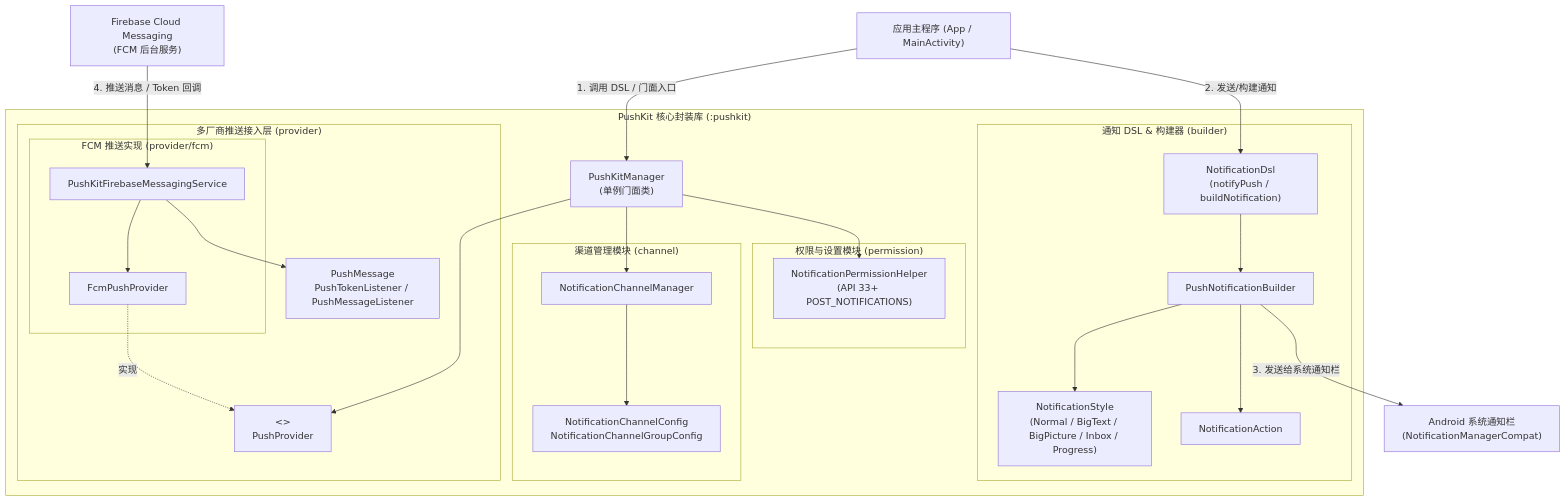
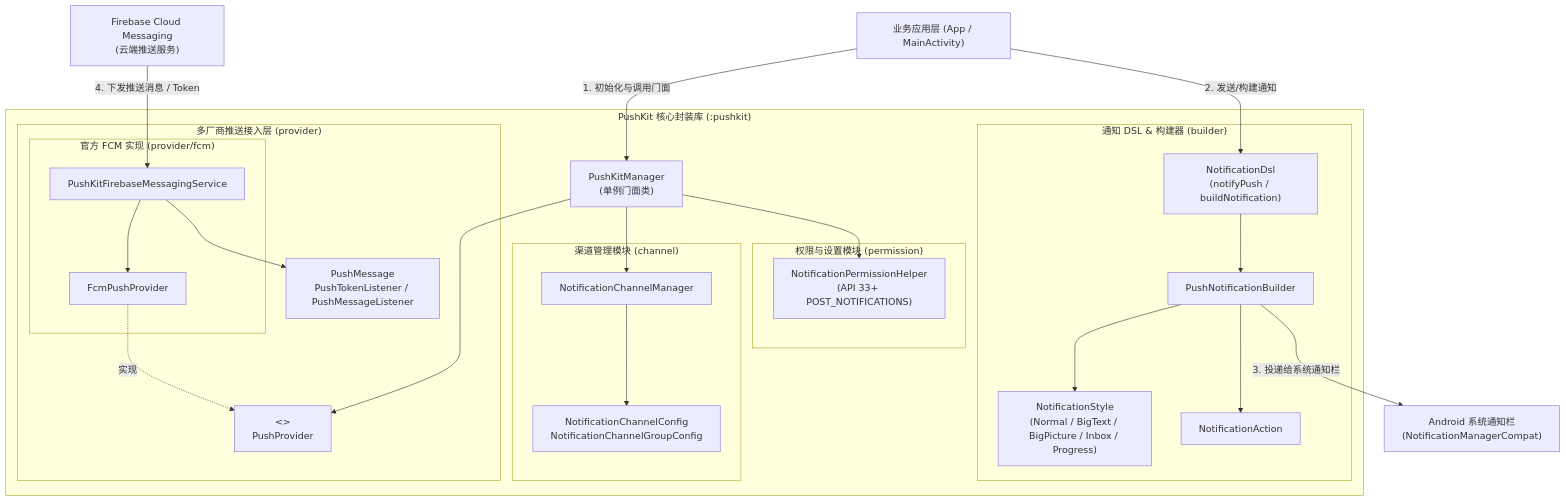
The diagram in README.md (e-hai/PushKit-Android), drawn with Mermaid before and after one commit. The commit also changed other lines of this file and 1 other file, not shown here.

````diff
--- a/README.md
+++ b/README.md
@@ -43,57 +45,57 @@
 ```mermaid
 flowchart TB
-    UserApp["应用主程序 (App / MainActivity)"]
+    UserApp["业务应用层 (App / MainActivity)"]
     
     subgraph PushKit ["PushKit 核心封装库 (:pushkit)"]
         Facade["PushKitManager<br/>(单例门面类)"]
         
         subgraph ChannelModule ["渠道管理模块 (channel)"]
             ChannelMgr["NotificationChannelManager"]
             ChannelConfig["NotificationChannelConfig<br/>NotificationChannelGroupConfig"]
         end
         
         subgraph PermissionModule ["权限与设置模块 (permission)"]
             PermHelper["NotificationPermissionHelper<br/>(API 33+ POST_NOTIFICATIONS)"]
         end
         
         subgraph BuilderModule ["通知 DSL & 构建器 (builder)"]
             DSL["NotificationDsl<br/>(notifyPush / buildNotification)"]
             Builder["PushNotificationBuilder"]
             Style["NotificationStyle<br/>(Normal / BigText / BigPicture / Inbox / Progress)"]
             Action["NotificationAction"]
         end
         
         subgraph ProviderModule ["多厂商推送接入层 (provider)"]
             PushProviderInterface["<<Interface>><br/>PushProvider"]
             PushMessage["PushMessage<br/>PushTokenListener / PushMessageListener"]
             
-            subgraph FCMImpl ["FCM 推送实现 (provider/fcm)"]
+            subgraph FCMImpl ["官方 FCM 实现 (provider/fcm)"]
                 FcmProvider["FcmPushProvider"]
                 FcmService["PushKitFirebaseMessagingService"]
             end
         end
     end
     
     SysNoti["Android 系统通知栏<br/>(NotificationManagerCompat)"]
-    FCMServer["Firebase Cloud Messaging<br/>(FCM 后台服务)"]
+    FCMServer["Firebase Cloud Messaging<br/>(云端推送服务)"]
 
-    %% 交互关系
-    UserApp -->|1. 调用 DSL / 门面入口| Facade
+    %% 交互链路
+    UserApp -->|1. 初始化与调用门面| Facade
     UserApp -->|2. 发送/构建通知| DSL
     
     Facade --> ChannelMgr
     Facade --> PermHelper
     Facade --> PushProviderInterface
     
     DSL --> Builder
     Builder --> Style
     Builder --> Action
-    Builder -->|3. 发送给系统通知栏| SysNoti
+    Builder -->|3. 投递给系统通知栏| SysNoti
     
     ChannelMgr --> ChannelConfig
     
     FcmProvider -.->|实现| PushProviderInterface
     FcmService --> FcmProvider
     FcmService --> PushMessage
-    FCMServer -->|4. 推送消息 / Token 回调| FcmService
+    FCMServer -->|4. 下发推送消息 / Token| FcmService
 ```
````
